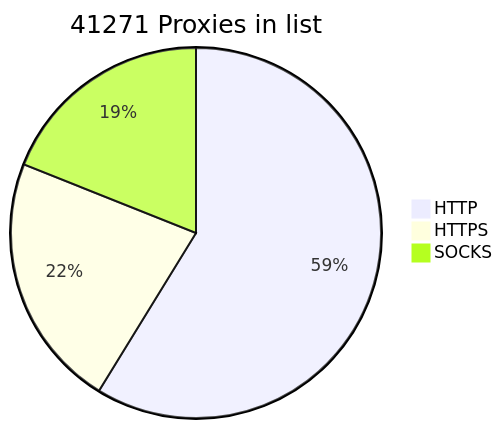
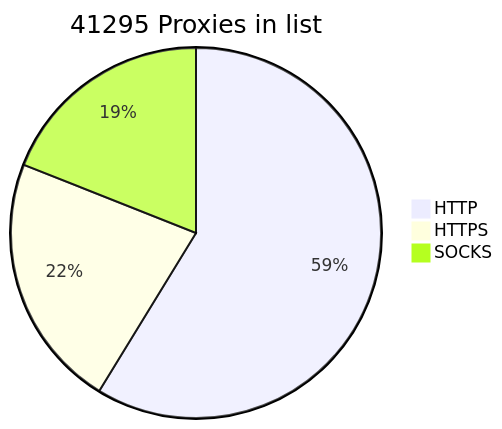
Before and after one commit to BlackSnowDot/proxylist-update-every-minute: the diagram in README.md, drawn with Mermaid.

````diff
--- a/README.md
+++ b/README.md
@@ -2,6 +2,6 @@
 ```mermaid
-pie title 41271 Proxies in list
-    "HTTP" : 28461
-    "HTTPS": 10783
-    "SOCKS" : 9182
+pie title 41295 Proxies in list
+    "HTTP" : 28463
+    "HTTPS": 10784
+    "SOCKS" : 9203
 ```
````
